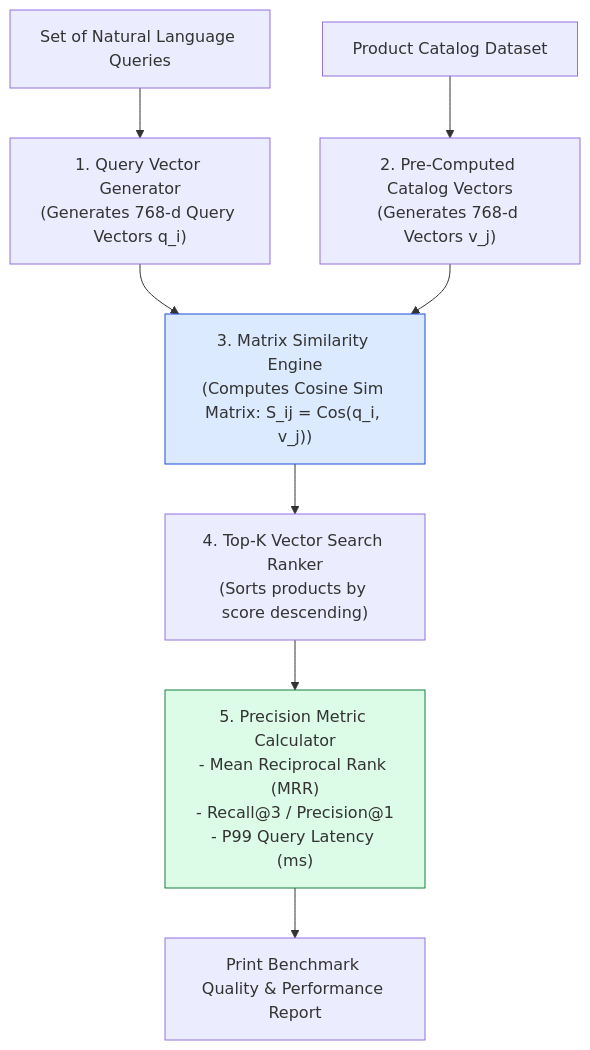
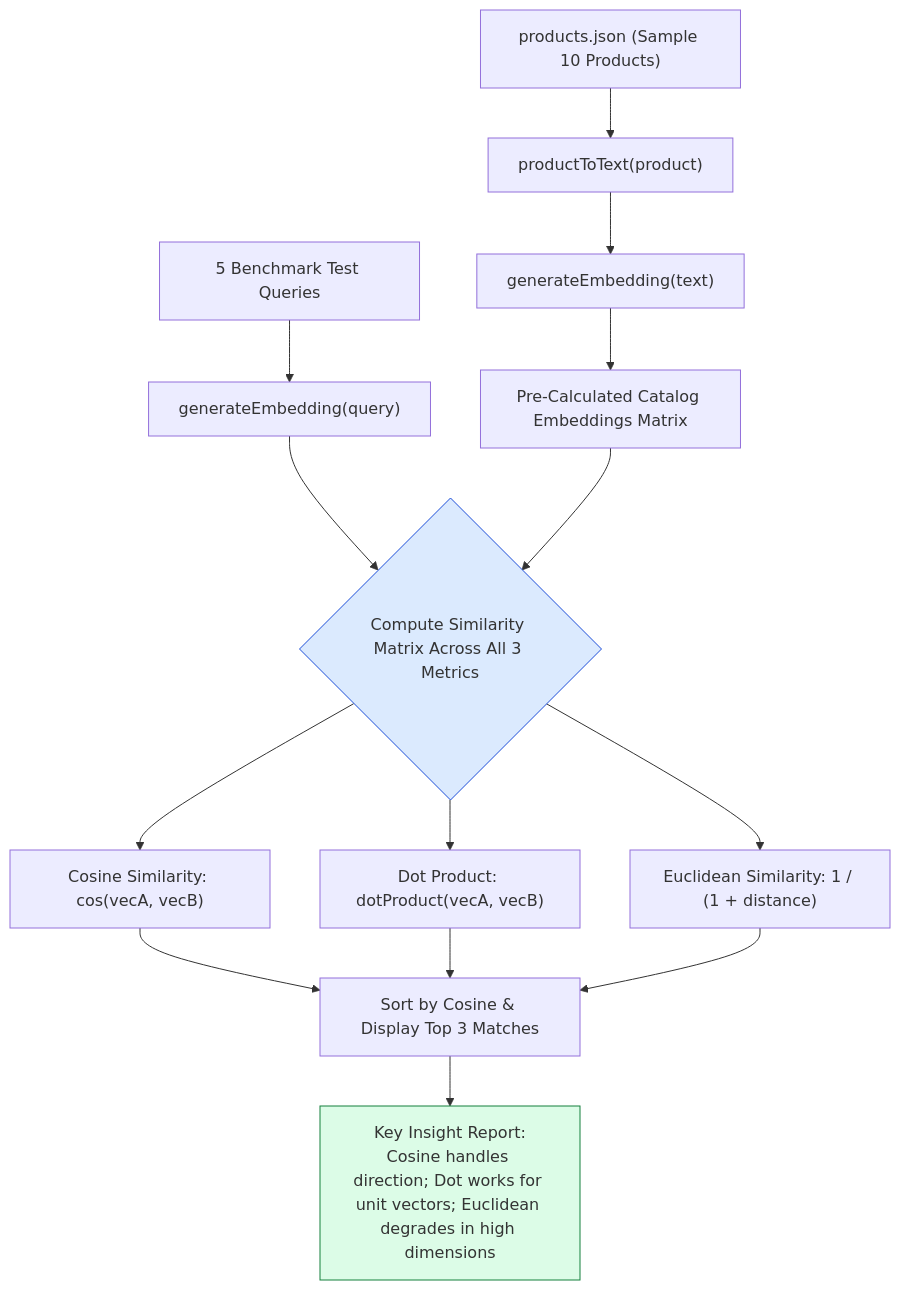
The diagram in agentic-ai-notes/02-dukaan-search/03-embeddings-benchmark.md (Amie-dev/engineering-playbook), drawn with Mermaid before and after one commit. The commit also changed other lines of this file and 27 other files, not shown here.

First line of the commit message:
Refactor embeddings generation and similarity metrics for improved clarity and performance

````diff
--- a/agentic-ai-notes/02-dukaan-search/03-embeddings-benchmark.md
+++ b/agentic-ai-notes/02-dukaan-search/03-embeddings-benchmark.md
@@ -13,18 +9,25 @@
 ```mermaid
 flowchart TD
-    TestQueries[Set of Natural Language Queries] --> QueryEmbedder["1. Query Vector Generator<br/>(Generates 768-d Query Vectors q_i)"]
+    Catalog["products.json (Sample 10 Products)"] --> PrepText["productToText(product)"]
+    PrepText --> GenEmbed["generateEmbedding(text)"]
+    GenEmbed --> CatalogEmbeddings["Pre-Calculated Catalog Embeddings Matrix"]
 
-    ProductCatalog[Product Catalog Dataset] --> CatalogEmbedder["2. Pre-Computed Catalog Vectors<br/>(Generates 768-d Vectors v_j)"]
+    Queries["5 Benchmark Test Queries"] --> QueryGen["generateEmbedding(query)"]
 
-    QueryEmbedder --> MatrixEngine["3. Matrix Similarity Engine<br/>(Computes Cosine Sim Matrix: S_ij = Cos(q_i, v_j))"]
-    CatalogEmbedder --> MatrixEngine
+    QueryGen --> ScoreMatrix{"Compute Similarity Matrix Across All 3 Metrics"}
 
-    MatrixEngine --> TopKRanker["4. Top-K Vector Search Ranker<br/>(Sorts products by score descending)"]
+    CatalogEmbeddings --> ScoreMatrix
 
-    TopKRanker --> MetricCalc["5. Precision Metric Calculator<br/>- Mean Reciprocal Rank (MRR)<br/>- Recall@3 / Precision@1<br/>- P99 Query Latency (ms)"]
+    ScoreMatrix --> CosineScore["Cosine Similarity: cos(vecA, vecB)"]
+    ScoreMatrix --> DotScore["Dot Product: dotProduct(vecA, vecB)"]
+    ScoreMatrix --> EucScore["Euclidean Similarity: 1 / (1 + distance)"]
 
-    MetricCalc --> BenchmarkReport[Print Benchmark Quality & Performance Report]
+    CosineScore --> Top3Rank["Sort by Cosine & Display Top 3 Matches"]
+    DotScore --> Top3Rank
+    EucScore --> Top3Rank
 
-    style MatrixEngine fill:#dbeafe,stroke:#1d4ed8
-    style MetricCalc fill:#dcfce7,stroke:#15803d
+    Top3Rank --> MetricInsight["Key Insight Report:<br/>Cosine handles direction; Dot works for unit vectors; Euclidean degrades in high dimensions"]
+
+    style ScoreMatrix fill:#dbeafe,stroke:#1d4ed8
+    style MetricInsight fill:#dcfce7,stroke:#15803d
 ```
````
